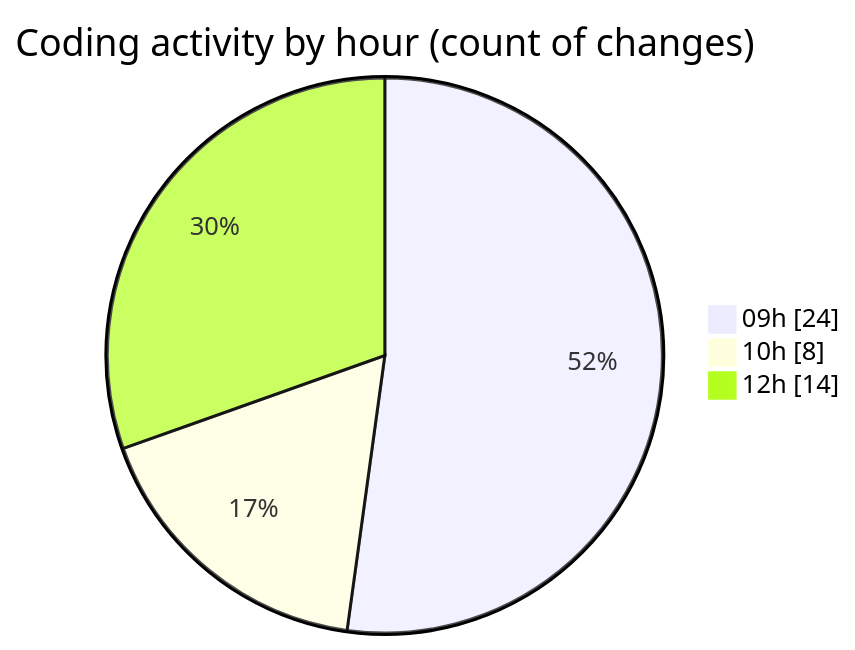
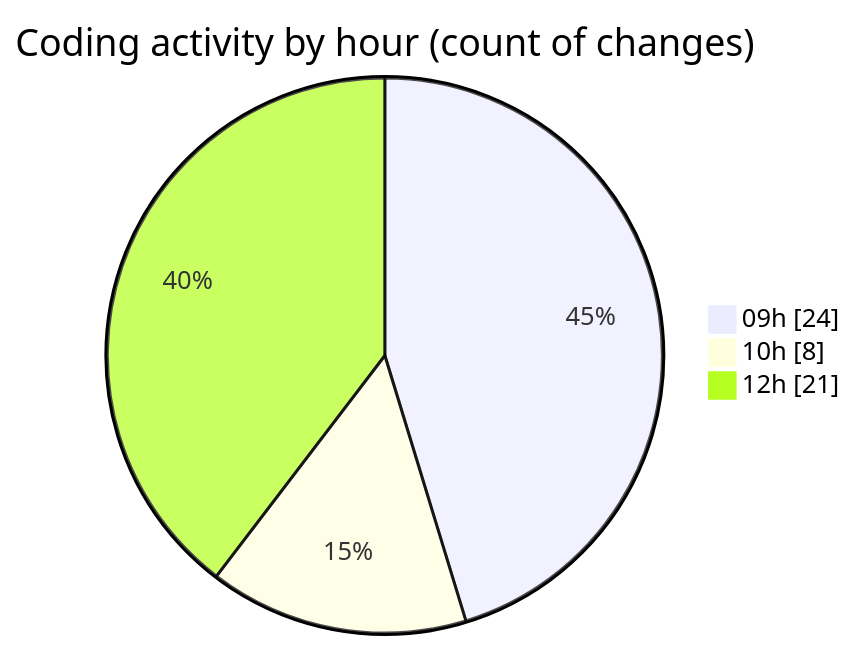
Before and after one commit to lephambinh05/code-tracking: the second of 2 diagrams in 2025-08-18/rentotp/README.md, drawn with Mermaid. The commit also changed other lines of this file and 1 other file, not shown here.

````diff
--- a/2025-08-18/rentotp/README.md
+++ b/2025-08-18/rentotp/README.md
@@ -44,7 +44,7 @@
 ```mermaid
 pie showData
 title Coding activity by hour (count of changes)
 "09h" : 24
 "10h" : 8
-"12h" : 14
+"12h" : 21
 ```
````
